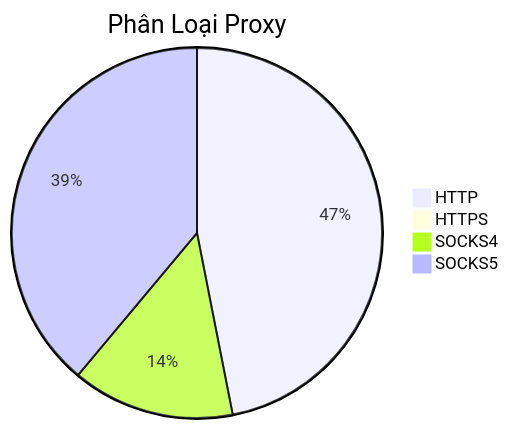
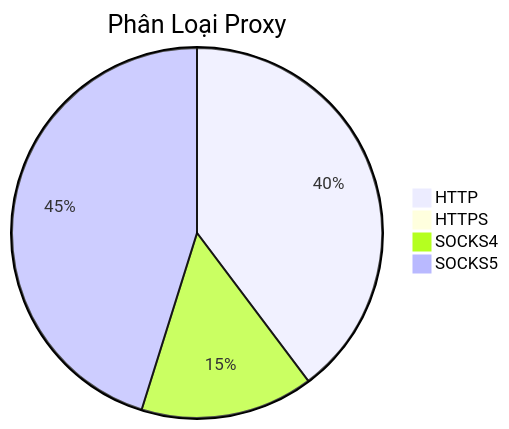
One commit to Ciara-Aa/PROXY-free changed the diagram in README.md. Above: the diagram before and after it, drawn with Mermaid. The commit also changed other lines of this file and 4 other files, not shown here.

````diff
--- a/README.md
+++ b/README.md
@@ -26,7 +26,7 @@
 ```mermaid
 pie title Phân Loại Proxy
-    "HTTP" : 258
-    "HTTPS" : 3
-    "SOCKS4" : 78
-    "SOCKS5" : 214
+    "HTTP" : 300
+    "HTTPS" : 2
+    "SOCKS4" : 114
+    "SOCKS5" : 341
 ```
````
